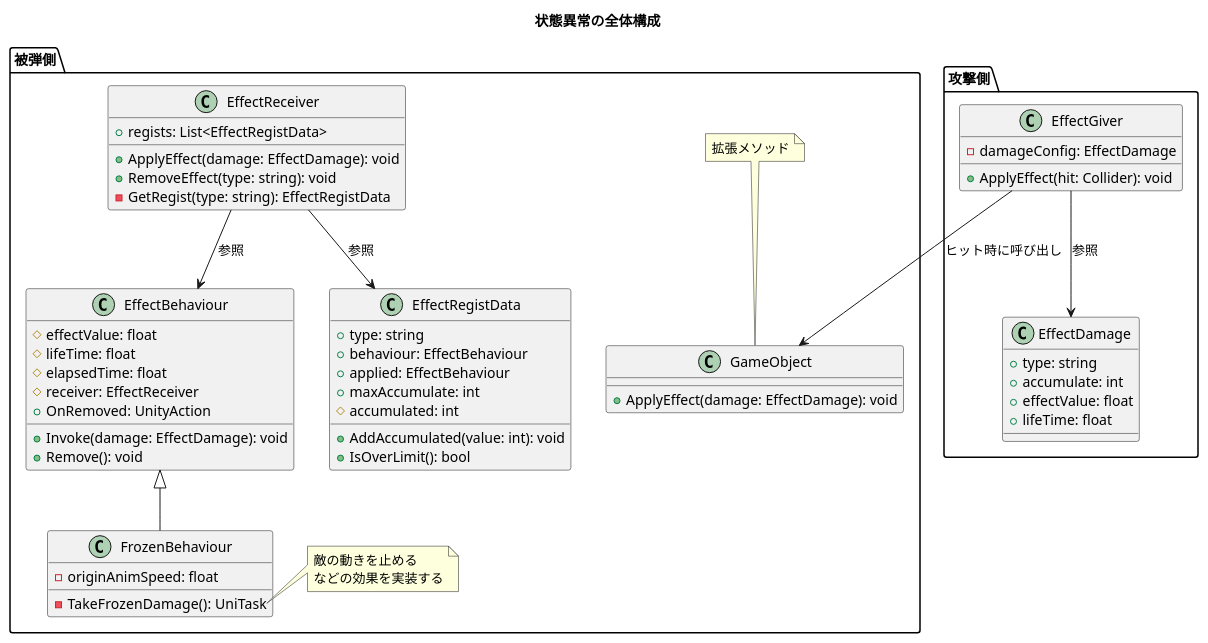
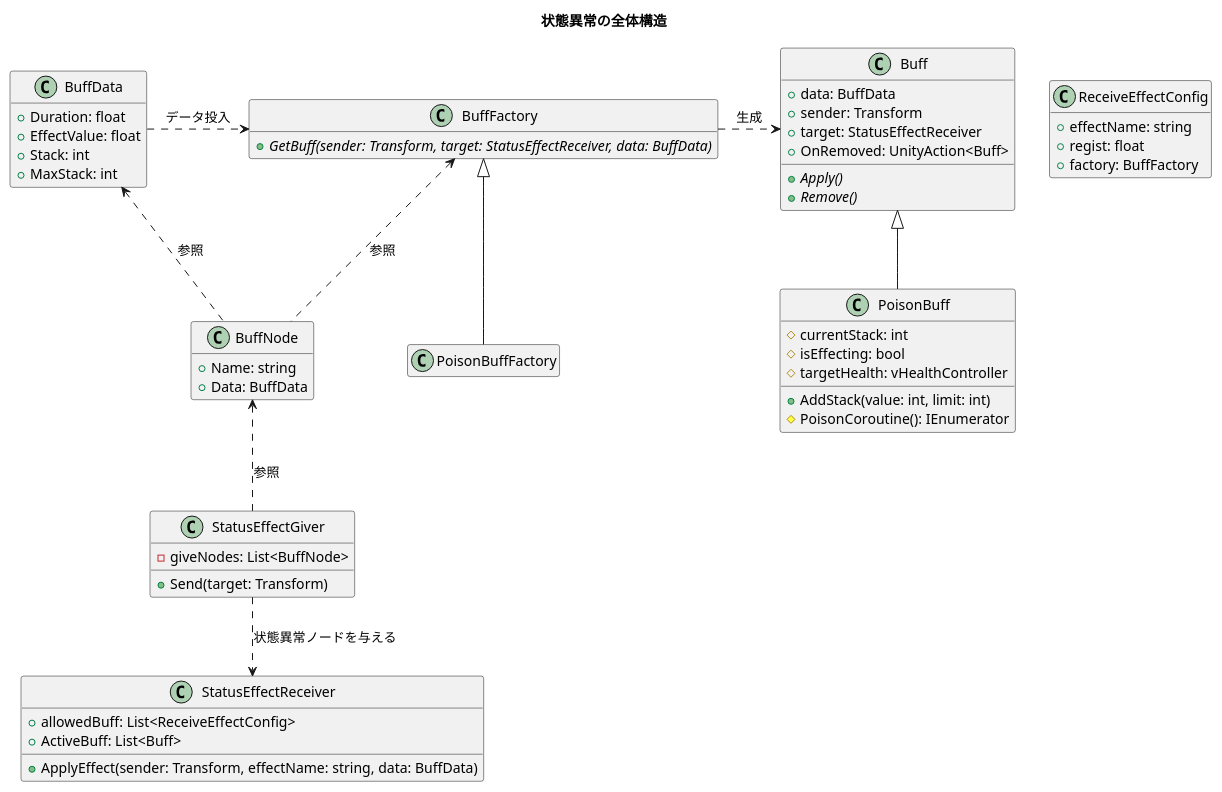
Before and after one commit to Iroha71/unity-docs: the diagram in public/designs/status_effect_class.pu, drawn with PlantUML. The commit also changed 54 other files, not shown here.

```diff
--- a/public/designs/status_effect_class.pu
+++ b/public/designs/status_effect_class.pu
@@ -1,70 +1,67 @@
 @startuml status_effect_class
-title 状態異常の全体構成
+title 状態異常の全体構造
+hide empty member
 
-package 攻撃側 {
-    class EffectDamage {
-        + type: string
-        + accumulate: int
-        + effectValue: float
-        + lifeTime: float
-    }
-
-    class EffectGiver {
-        - damageConfig: EffectDamage
-        + ApplyEffect(hit: Collider): void
-    }
+class BuffData {
+  + Duration: float
+  + EffectValue: float
+  + Stack: int
+  + MaxStack: int
 }
 
-package 被弾側 {
-    class GameObject {
-        + ApplyEffect(damage: EffectDamage): void
-    }
-    note top of GameObject
-        拡張メソッド
-    end note
-    
-    class EffectBehaviour {
-        # effectValue: float
-        # lifeTime: float
-        # elapsedTime: float
-        # receiver: EffectReceiver
-        + OnRemoved: UnityAction
-        + Invoke(damage: EffectDamage): void
-        + Remove(): void
-    }
-
-    class EffectRegistData {
-        + type: string
-        + behaviour: EffectBehaviour
-        + applied: EffectBehaviour
-        + maxAccumulate: int
-        # accumulated: int
-        + AddAccumulated(value: int): void
-        + IsOverLimit(): bool
-    }
-
-    class EffectReceiver {
-        + regists: List<EffectRegistData>
-        + ApplyEffect(damage: EffectDamage): void
-        + RemoveEffect(type: string): void
-        - GetRegist(type: string): EffectRegistData
-    }
-
-    class FrozenBehaviour {
-        - originAnimSpeed: float
-        - TakeFrozenDamage(): UniTask
-    }
-
-    note right of FrozenBehaviour::TakeFrozenDamage
-        敵の動きを止める
-        などの効果を実装する
-    end note
+class Buff {
+  + data: BuffData
+  + sender: Transform
+  + target: StatusEffectReceiver
+  + OnRemoved: UnityAction<Buff>
+  {abstract} + Apply()
+  {abstract} + Remove()
 }
 
-EffectBehaviour <|-- FrozenBehaviour
-EffectGiver --> EffectDamage : 参照
-EffectReceiver --> EffectBehaviour : 参照
-EffectReceiver --> EffectRegistData : 参照
-EffectGiver --> GameObject : ヒット時に呼び出し
+class PoisonBuff {
+  # currentStack: int
+  # isEffecting: bool
+  # targetHealth: vHealthController
+  + AddStack(value: int, limit: int)
+  # PoisonCoroutine(): IEnumerator
+}
+
+class BuffFactory {
+  {abstract} + GetBuff(sender: Transform, target: StatusEffectReceiver, data: BuffData)
+}
+
+class PoisonBuffFactory {
+}
+
+class StatusEffectReceiver {
+  + allowedBuff: List<ReceiveEffectConfig>
+  + ActiveBuff: List<Buff>
+  + ApplyEffect(sender: Transform, effectName: string, data: BuffData)
+}
+
+class ReceiveEffectConfig {
+  + effectName: string
+  + regist: float
+  + factory: BuffFactory
+}
+
+class StatusEffectGiver {
+  - giveNodes: List<BuffNode>
+  + Send(target: Transform)
+}
+
+class BuffNode {
+  + Name: string
+  + Data: BuffData
+}
+
+BuffData .right.> BuffFactory : データ投入
+BuffFactory .right.> Buff : 生成
+Buff <|-- PoisonBuff
+BuffFactory <|-- PoisonBuffFactory
+BuffData <.down. BuffNode : 参照
+BuffFactory <.. BuffNode : 参照
+StatusEffectGiver .up.> BuffNode : 参照
+StatusEffectGiver ..> StatusEffectReceiver : 状態異常ノードを与える
 
 @enduml
```
